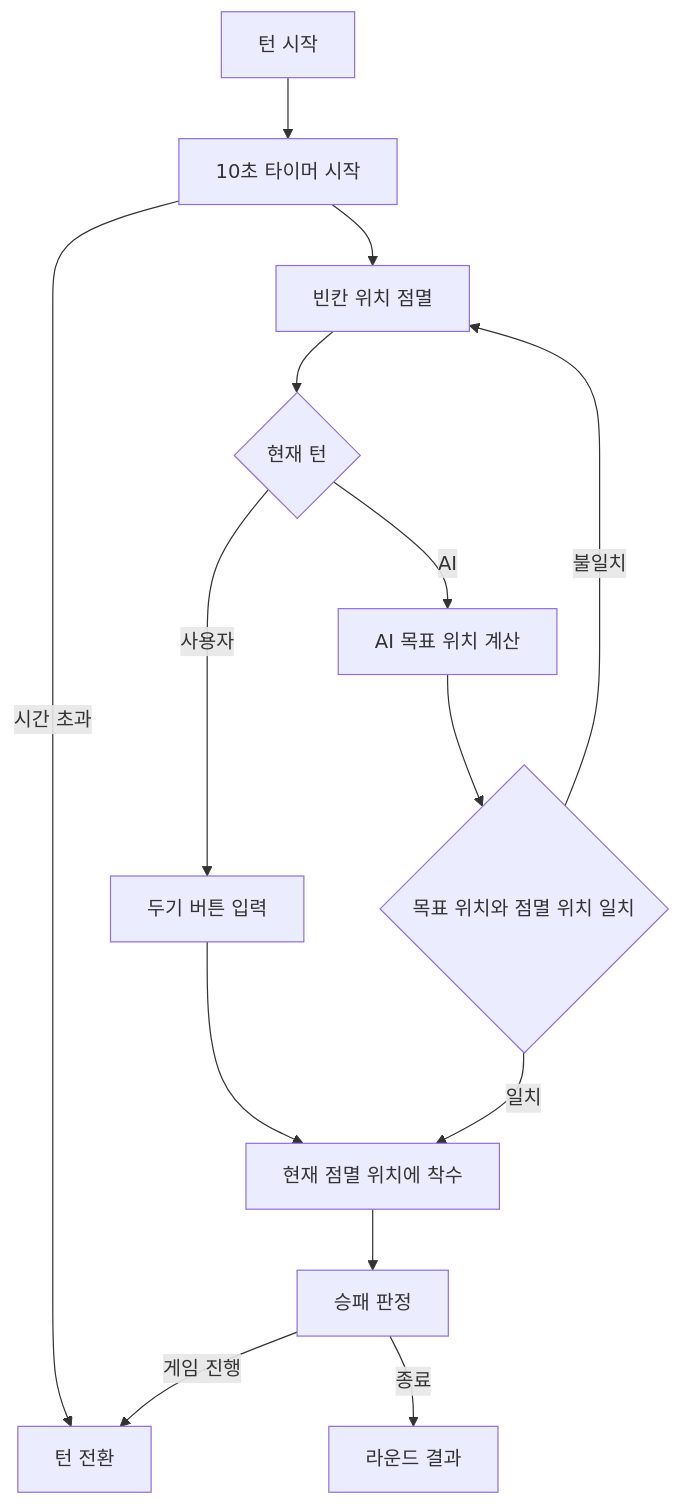
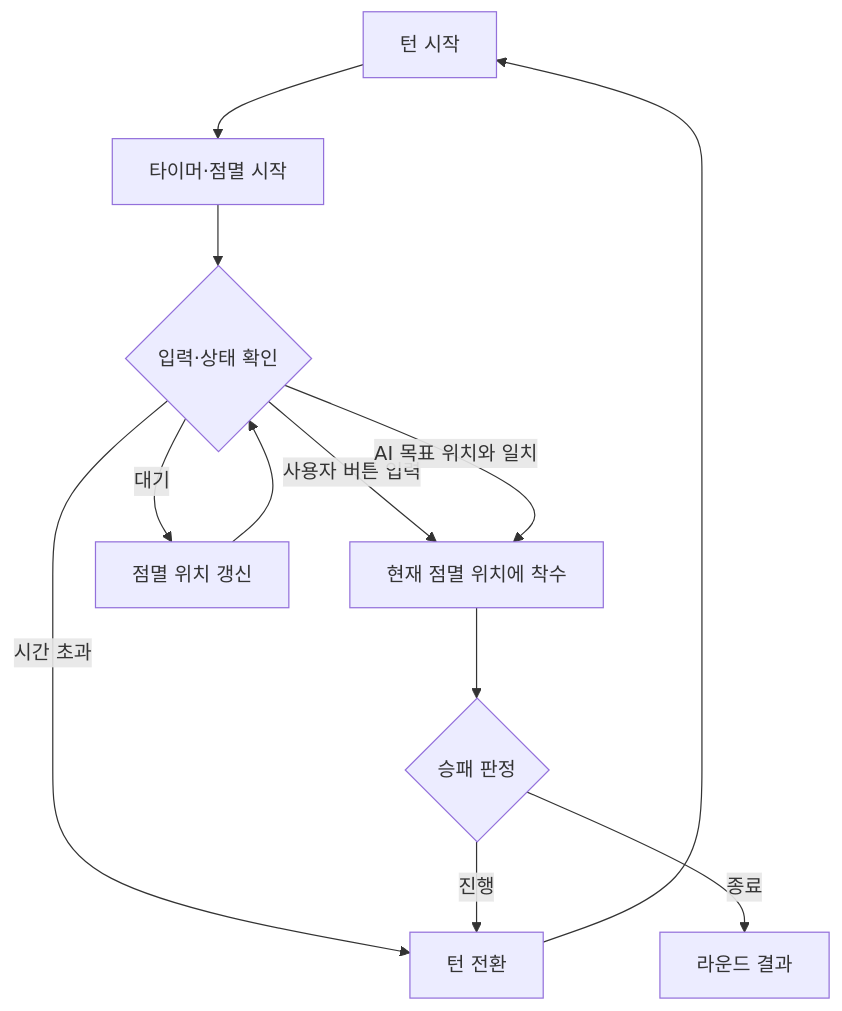
The second of 2 diagrams in README.md (1rkdwlgns1/microstone-tictactoe), drawn with Mermaid before and after one commit. The commit also changed other lines of this file, not shown here.

````diff
--- a/README.md
+++ b/README.md
@@ -117,20 +160,17 @@
 ```mermaid
 flowchart TD
-    Start["턴 시작"] --> Timer["10초 타이머 시작"]
-    Timer --> Flash["빈칸 위치 점멸"]
+    Start["턴 시작"] --> Ready["타이머·점멸 시작"]
+    Ready --> Event{"입력·상태 확인"}
 
-    Flash --> Turn{"현재 턴"}
+    Event -->|사용자 버튼 입력| Place["현재 점멸 위치에 착수"]
+    Event -->|AI 목표 위치와 일치| Place
+    Event -->|대기| Flash["점멸 위치 갱신"]
+    Flash --> Event
 
-    Turn -->|사용자| Input["두기 버튼 입력"]
-    Input --> Place["현재 점멸 위치에 착수"]
+    Event -->|시간 초과| Next["턴 전환"]
+    Place --> Check{"승패 판정"}
 
-    Turn -->|AI| Search["AI 목표 위치 계산"]
-    Search --> Match{"목표 위치와 점멸 위치 일치"}
-    Match -->|일치| Place
-    Match -->|불일치| Flash
-
-    Timer -->|시간 초과| Next["턴 전환"]
-    Place --> Check["승패 판정"]
-    Check -->|게임 진행| Next
+    Check -->|진행| Next
     Check -->|종료| Result["라운드 결과"]
+    Next --> Start
 ```
````
